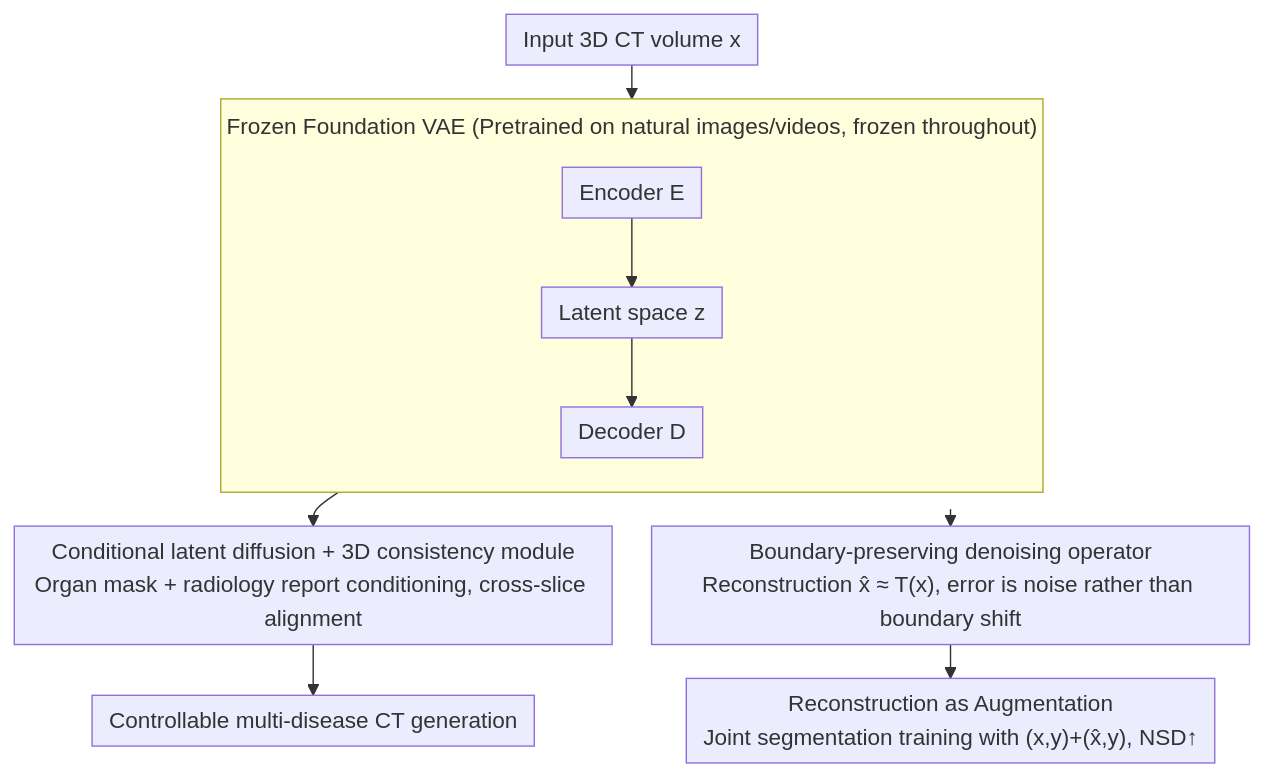
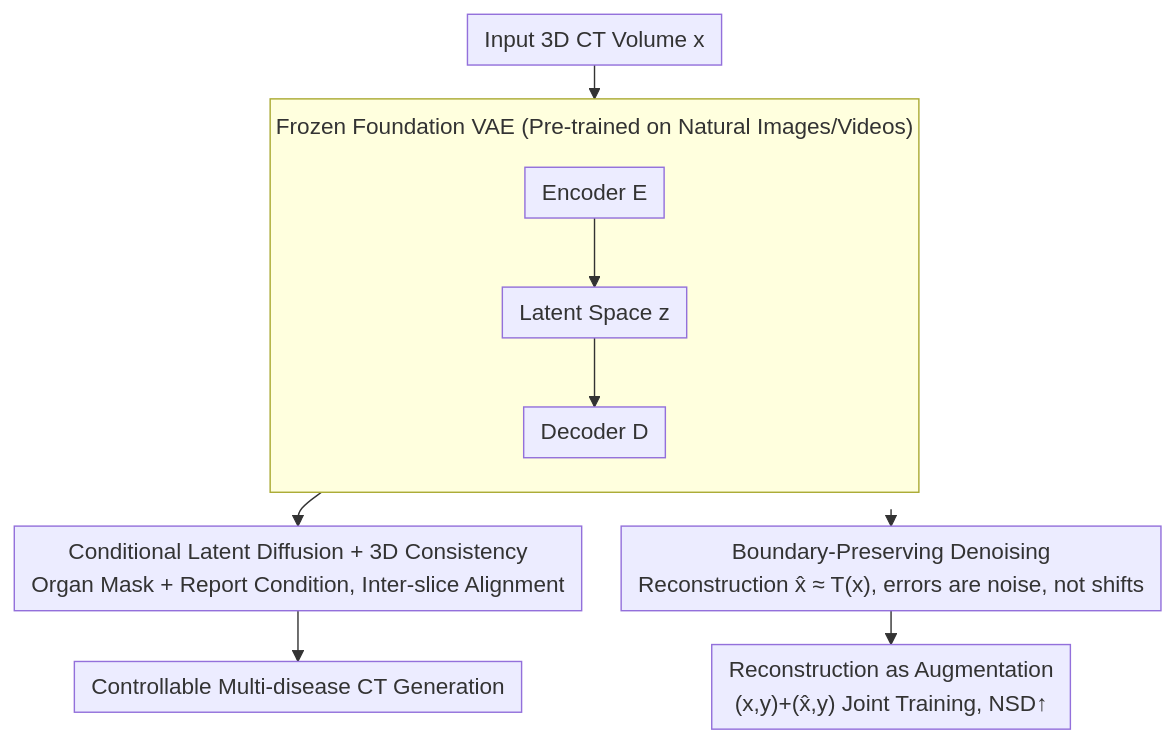
One commit to zhaoyang97/Paper-Notes-en changed the diagram in docs/ICML2026/medical_imaging/foundation_vaes_for_3d_ct_reconstruction_augmentation_and_generation.md. Above: the diagram before and after it, drawn with Mermaid. The commit also changed other lines of this file and 5084 other files, not shown here.

````diff
--- a/docs/ICML2026/medical_imaging/foundation_vaes_for_3d_ct_reconstruction_augmentation_and_generation.md
+++ b/docs/ICML2026/medical_imaging/foundation_vaes_for_3d_ct_reconstruction_augmentation_and_generation.md
@@ -43,13 +43,13 @@
 ```mermaid
 %%{init: {'flowchart': {'rankSpacing': 24, 'nodeSpacing': 28, 'padding': 6, 'wrappingWidth': 400, 'subGraphTitleMargin': {'top': 8, 'bottom': 16}}}}%%
 flowchart TD
-    X["Input 3D CT volume x"] --> VAE
-    subgraph VAE["Frozen Foundation VAE (Pretrained on natural images/videos, frozen throughout)"]
+    X["Input 3D CT Volume x"] --> VAE
+    subgraph VAE["Frozen Foundation VAE (Pre-trained on Natural Images/Videos)"]
         direction TB
-        E["Encoder E"] --> Z["Latent space z"] --> D["Decoder D"]
+        E["Encoder E"] --> Z["Latent Space z"] --> D["Decoder D"]
     end
-    VAE --> XH["Boundary-preserving denoising operator<br/>Reconstruction x̂ ≈ T(x), error is noise rather than boundary shift"]
-    XH --> AUG["Reconstruction as Augmentation<br/>Joint segmentation training with (x,y)+(x̂,y), NSD↑"]
-    Z --> GEN["Conditional latent diffusion + 3D consistency module<br/>Organ mask + radiology report conditioning, cross-slice alignment"]
-    GEN --> OUT["Controllable multi-disease CT generation"]
+    VAE --> XH["Boundary-Preserving Denoising<br/>Reconstruction x̂ ≈ T(x), errors are noise, not shifts"]
+    XH --> AUG["Reconstruction as Augmentation<br/>(x,y)+(x̂,y) Joint Training, NSD↑"]
+    Z --> GEN["Conditional Latent Diffusion + 3D Consistency<br/>Organ Mask + Report Condition, Inter-slice Alignment"]
+    GEN --> OUT["Controllable Multi-disease CT Generation"]
 ```
````
